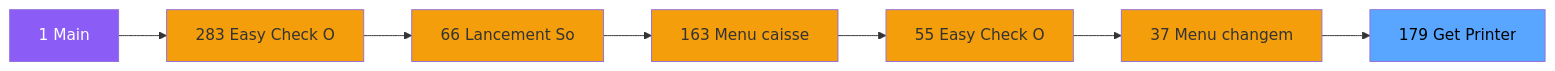
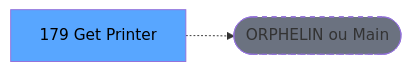
The second of 3 diagrams in .openspec/renders/ADH-IDE-179.md (thonyAGP/lecteur-magic), drawn with Mermaid before and after one commit. The commit also changed other lines of this file and 701 other files, not shown here.

````diff
--- a/.openspec/renders/ADH-IDE-179.md
+++ b/.openspec/renders/ADH-IDE-179.md
@@ -119,23 +119,8 @@
 ```mermaid
 graph LR
-    M[1 Main]
-    N283[283 Easy Check O]
-    N66[66 Lancement So]
-    N163[163 Menu caisse ]
-    N55[55 Easy Check O]
-    N37[37 Menu changem]
     T[179 Get Printer]
-    M --> N283
-    N283 --> N66
-    N66 --> N163
-    N163 --> N55
-    N55 --> N37
-    N37 --> T
-    style M fill:#8b5cf6,color:#fff
-    style N283 fill:#f59e0b
-    style N66 fill:#f59e0b
-    style N163 fill:#f59e0b
-    style N55 fill:#f59e0b
-    style N37 fill:#f59e0b
+    ORPHAN([ORPHELIN ou Main])
+    T -.-> ORPHAN
     style T fill:#58a6ff,color:#000
+    style ORPHAN fill:#6b7280,stroke-dasharray: 5 5
 ```
````
